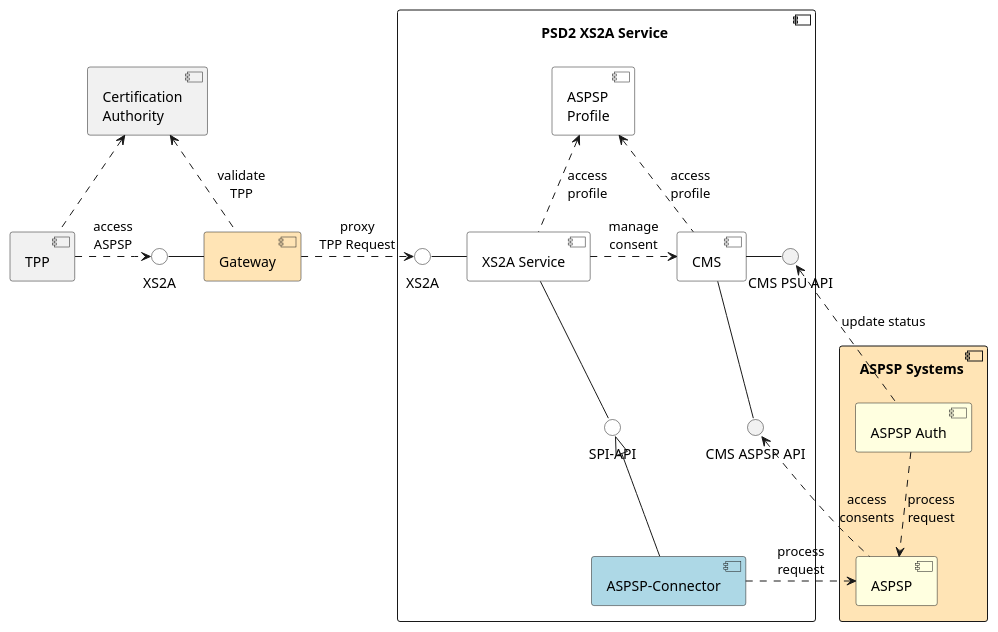
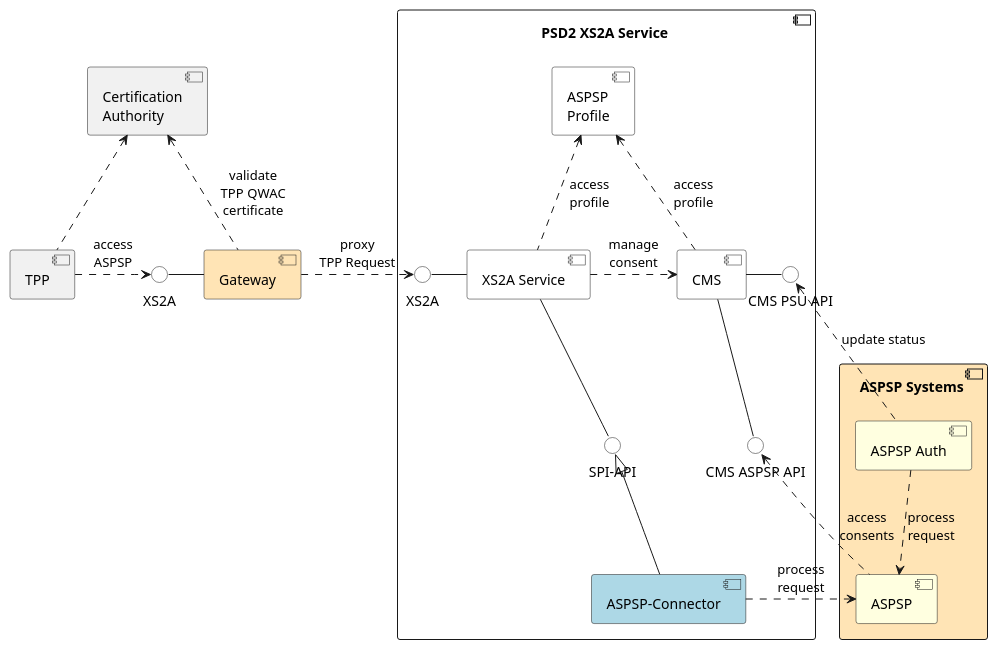
Before and after one commit to adorsys/xs2a: the diagram in doc/architecture/images/L01-Whitebox.puml, drawn with PlantUML. The commit also changed 1 other file, not shown here.

Commit message:
Update Whitebox diagram

```diff
--- a/doc/architecture/images/L01-Whitebox.puml
+++ b/doc/architecture/images/L01-Whitebox.puml
@@ -1,52 +1,53 @@
 @startuml
 skinparam componentStyle uml2
 
 component "TPP" as TPP
 component "Certification\nAuthority" as CA
 interface XS2A #white
 
 TPP .> XS2A : access\nASPSP
 CA <.. TPP
 
 component "Gateway" as GW #moccasin
 
 component "ASPSP Systems \n" #moccasin {
     component "ASPSP" as ASPSP #lightyellow
     component "ASPSP Auth" as auth #lightyellow
 
     auth ..> ASPSP : process\nrequest
 }
 
 component "PSD2 XS2A Service \n" {
     component "ASPSP\nProfile" as profile #white
     component "XS2A Service" as xs2aimpl #white
     component "CMS" as cms #white
     interface "SPI-API" as spi #white
     component "ASPSP-Connector" as connector #lightblue
     interface "XS2A" as XS2AI #white
-    interface "CMS PSU API" as cms_psu
-    interface "CMS ASPSP API" as cms_aspsp
+    interface "CMS PSU API" as cms_psu #white
+    interface "CMS ASPSP API" as cms_aspsp #white
 
-    CA <.. GW : validate\nTPP
+    CA <.. GW : validate\nTPP QWAC\ncertificate
 
     profile <.. xs2aimpl : access\nprofile
     profile <.. cms : access\nprofile
 
     XS2A - GW
     GW .> XS2AI : proxy\nTPP Request
     XS2AI - xs2aimpl
     xs2aimpl -- spi
     spi <|--connector
     xs2aimpl .> cms : manage\nconsent
+
     cms - cms_psu
+    cms_psu <. auth : update status
+
     cms -- cms_aspsp
-
 
     connector .> ASPSP : process\nrequest
 
-    cms_psu <. auth : update status
     cms_aspsp <. ASPSP : access\nconsents
 }
 
 
 @enduml
```
